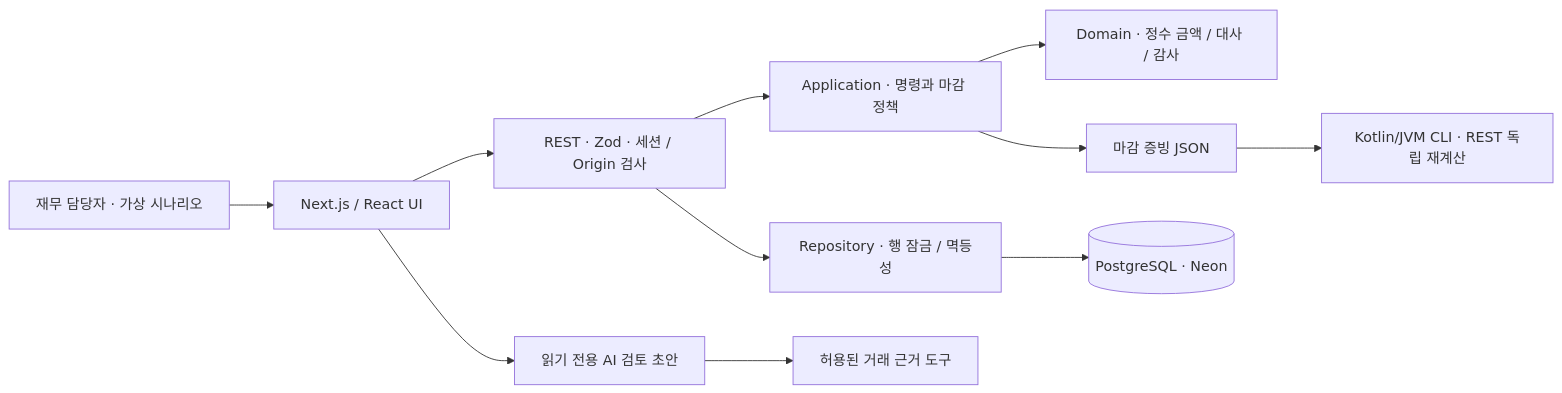
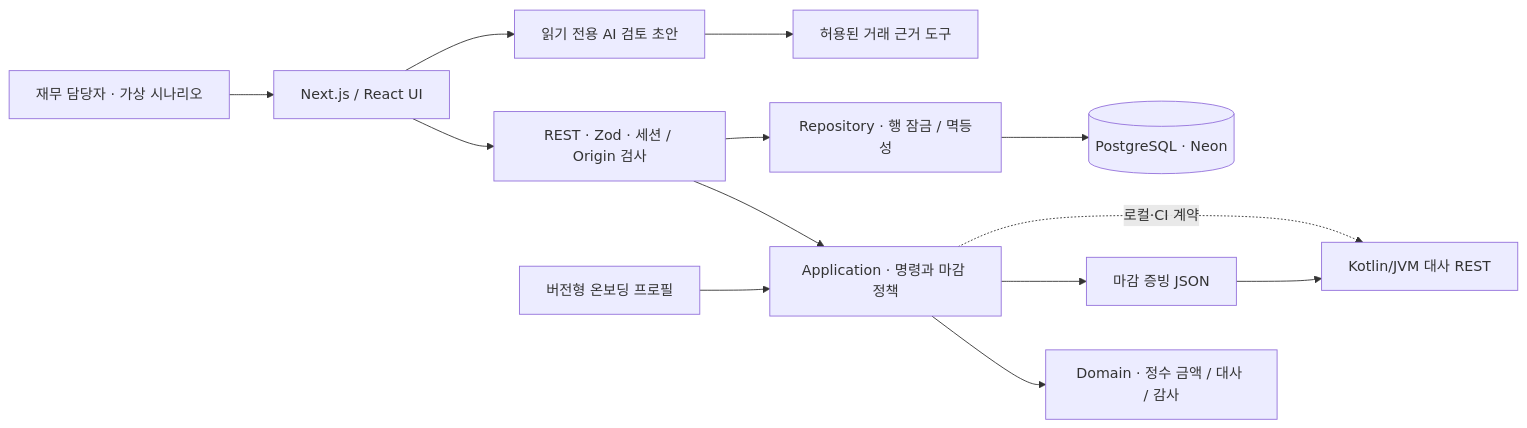
One commit to kwakhyun/closepilot changed the diagram in README.md. Above: the diagram before and after it, drawn with Mermaid. The commit also changed other lines of this file and 38 other files, not shown here.

````diff
--- a/README.md
+++ b/README.md
@@ -72,13 +73,15 @@
 ```mermaid
 flowchart LR
   User[재무 담당자 · 가상 시나리오] --> UI[Next.js / React UI]
   UI --> API[REST · Zod · 세션 / Origin 검사]
   UI --> Agent[읽기 전용 AI 검토 초안]
   Agent --> Evidence[허용된 거래 근거 도구]
   API --> App[Application · 명령과 마감 정책]
   App --> Domain[Domain · 정수 금액 / 대사 / 감사]
   API --> Repo[Repository · 행 잠금 / 멱등성]
   Repo --> DB[(PostgreSQL · Neon)]
   App --> Package[마감 증빙 JSON]
-  Package --> Kotlin[Kotlin/JVM CLI · REST 독립 재계산]
+  Profile[버전형 온보딩 프로필] --> App
+  App -. 로컬·CI 계약 .-> Kotlin[Kotlin/JVM 대사 REST]
+  Package --> Kotlin
 ```
````
